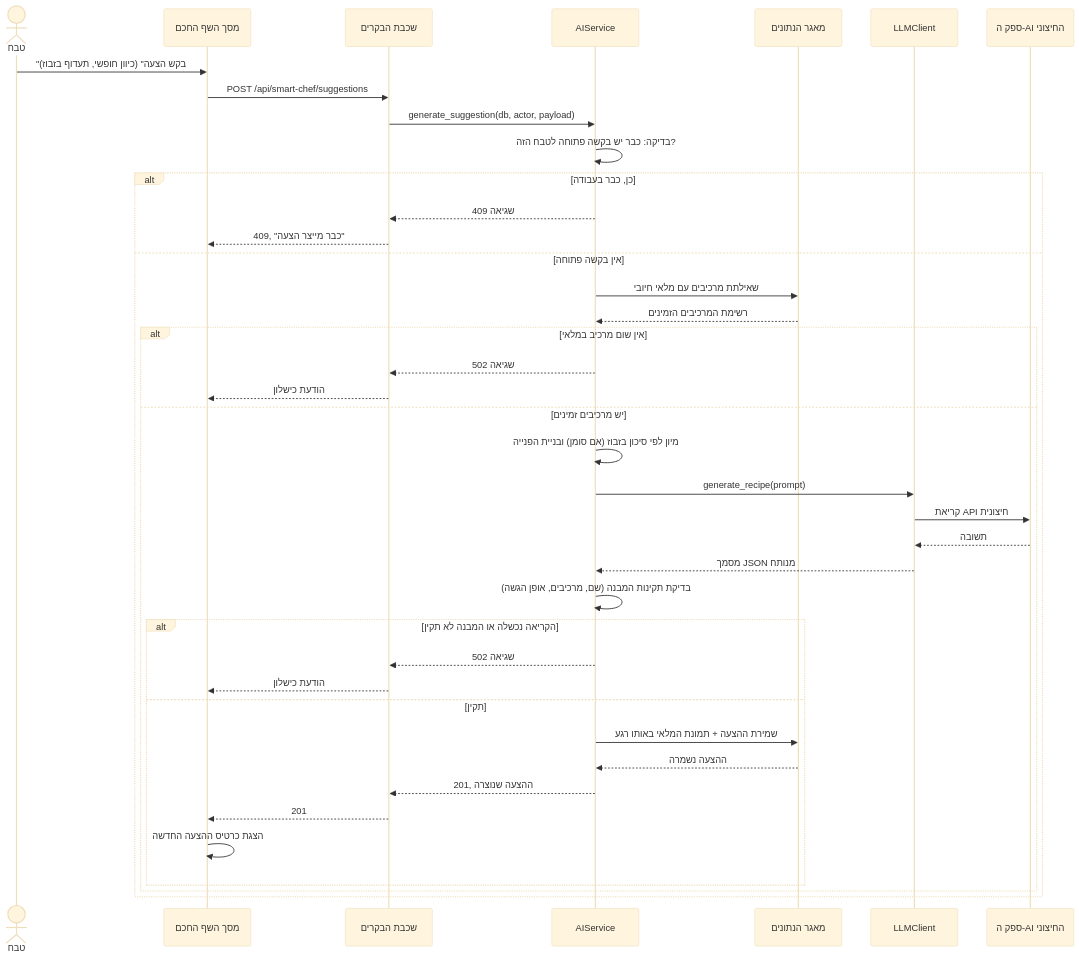
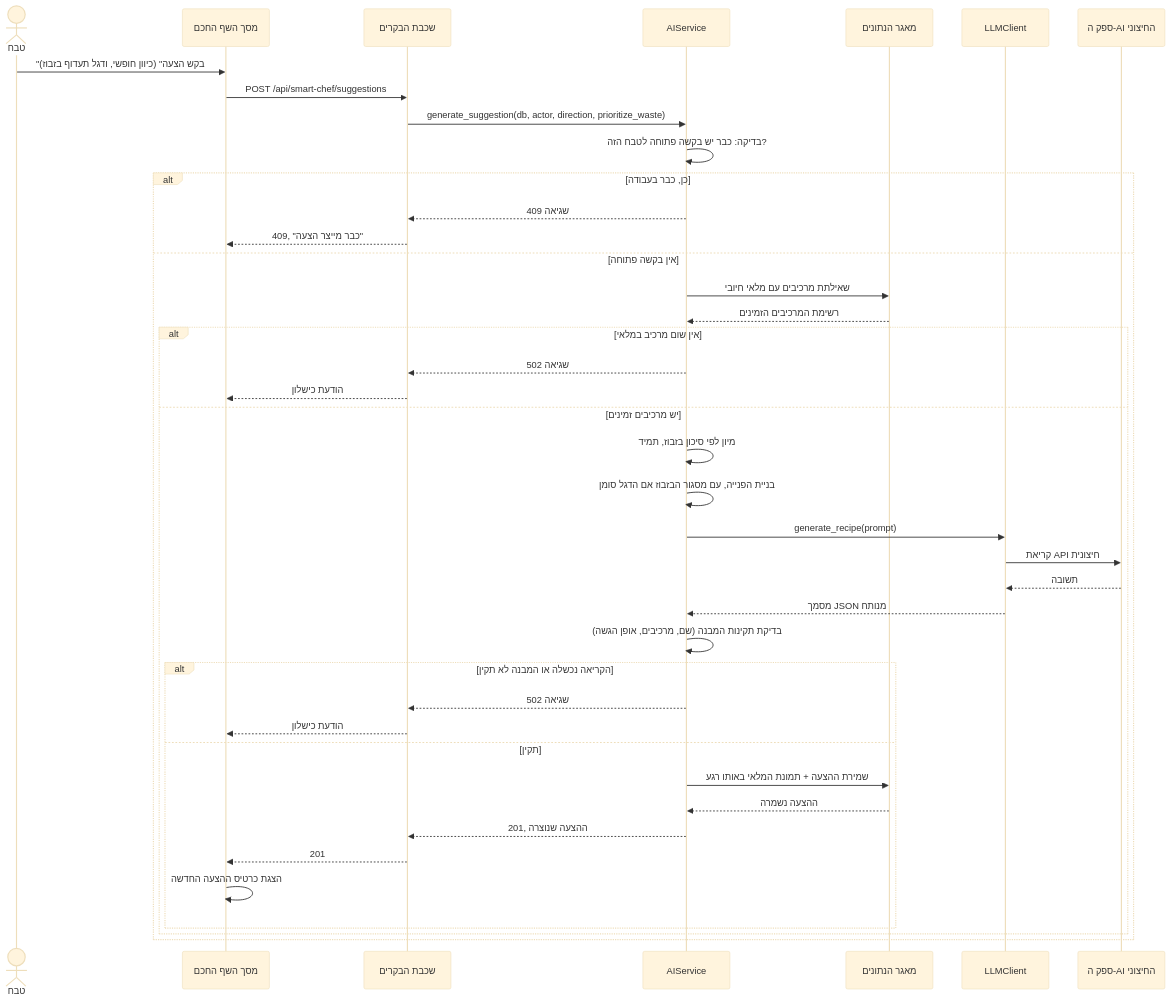
One commit to RonZaretsky/Restaurant-Kitchen-Management-System changed the diagram in מסמכים/הגשה/diagrams/sequence-ai-suggestion.md. Above: the diagram before and after it, drawn with Mermaid (base theme). The commit also changed 18 other files, not shown here.

````diff
--- a/מסמכים/הגשה/diagrams/sequence-ai-suggestion.md
+++ b/מסמכים/הגשה/diagrams/sequence-ai-suggestion.md
@@ -3,46 +3,47 @@
 ```mermaid
 sequenceDiagram
     actor Cook as טבח
     participant UI as מסך השף החכם
     participant API as שכבת הבקרים
     participant AIS as AIService
     participant DB as מאגר הנתונים
     participant LLM as LLMClient
     participant EXT as ספק ה-AI החיצוני
 
-    Cook->>UI: "בקש הצעה" (כיוון חופשי, תעדוף בזבוז)
+    Cook->>UI: "בקש הצעה" (כיוון חופשי, ודגל תעדוף בזבוז)
     UI->>API: POST /api/smart-chef/suggestions
-    API->>AIS: generate_suggestion(db, actor, payload)
+    API->>AIS: generate_suggestion(db, actor, direction, prioritize_waste)
 
     AIS->>AIS: בדיקה: כבר יש בקשה פתוחה לטבח הזה?
     alt כן, כבר בעבודה
         AIS-->>API: שגיאה 409
         API-->>UI: 409, "כבר מייצר הצעה"
     else אין בקשה פתוחה
         AIS->>DB: שאילתת מרכיבים עם מלאי חיובי
         DB-->>AIS: רשימת המרכיבים הזמינים
 
         alt אין שום מרכיב במלאי
             AIS-->>API: שגיאה 502
             API-->>UI: הודעת כישלון
         else יש מרכיבים זמינים
-            AIS->>AIS: מיון לפי סיכון בזבוז (אם סומן) ובניית הפנייה
+            AIS->>AIS: מיון לפי סיכון בזבוז, תמיד
+            AIS->>AIS: בניית הפנייה, עם מסגור הבזבוז אם הדגל סומן
             AIS->>LLM: generate_recipe(prompt)
             LLM->>EXT: קריאת API חיצונית
             EXT-->>LLM: תשובה
             LLM-->>AIS: מסמך JSON מנותח
 
             AIS->>AIS: בדיקת תקינות המבנה (שם, מרכיבים, אופן הגשה)
             alt הקריאה נכשלה או המבנה לא תקין
                 AIS-->>API: שגיאה 502
                 API-->>UI: הודעת כישלון
             else תקין
                 AIS->>DB: שמירת ההצעה + תמונת המלאי באותו רגע
                 DB-->>AIS: ההצעה נשמרה
                 AIS-->>API: 201, ההצעה שנוצרה
                 API-->>UI: 201
                 UI->>UI: הצגת כרטיס ההצעה החדשה
             end
         end
     end
 ```
````
